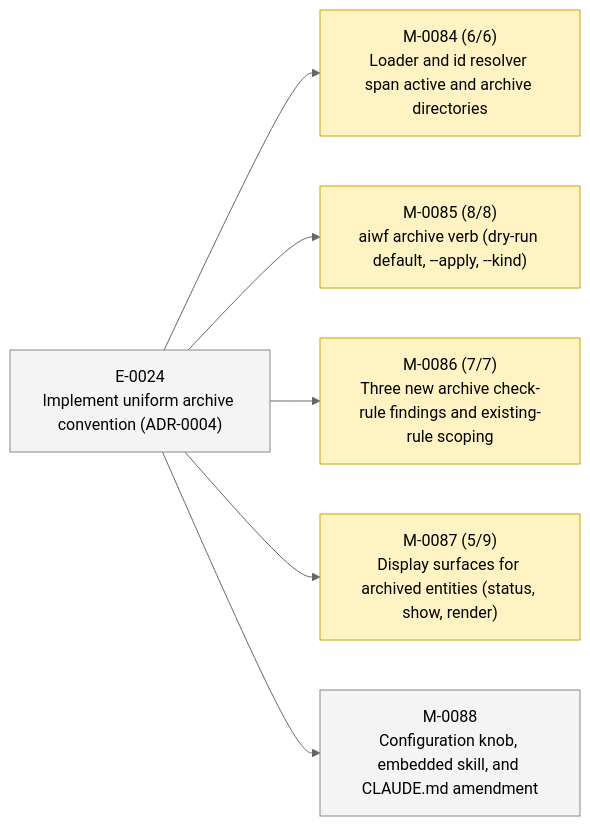
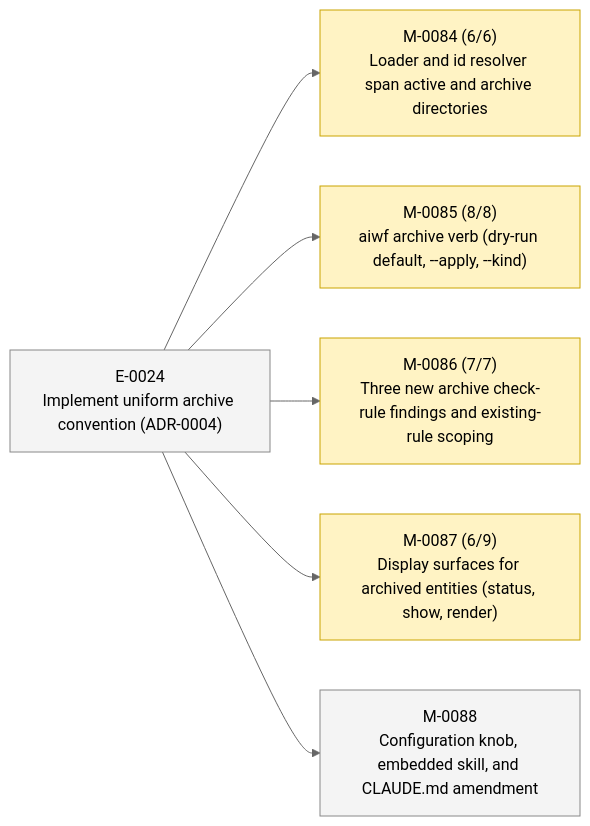
The second of 2 diagrams in STATUS.md (23min/aiwf), drawn with Mermaid (neutral theme) before and after one commit. The commit also changed other lines of this file and 1 other file, not shown here.

````diff
--- a/STATUS.md
+++ b/STATUS.md
@@ -49,20 +49,20 @@
 ```mermaid
 flowchart LR
   E_0024["E-0024<br/>Implement uniform archive convention (ADR-0004)"]:::epic_proposed
   M_0084["M-0084 (6/6)<br/>Loader and id resolver span active and archive directories"]:::ms_in_progress
   E_0024 --> M_0084
   M_0085["M-0085 (8/8)<br/>aiwf archive verb (dry-run default, --apply, --kind)"]:::ms_in_progress
   E_0024 --> M_0085
   M_0086["M-0086 (7/7)<br/>Three new archive check-rule findings and existing-rule scoping"]:::ms_in_progress
   E_0024 --> M_0086
-  M_0087["M-0087 (5/9)<br/>Display surfaces for archived entities (status, show, render)"]:::ms_in_progress
+  M_0087["M-0087 (6/9)<br/>Display surfaces for archived entities (status, show, render)"]:::ms_in_progress
   E_0024 --> M_0087
   M_0088["M-0088<br/>Configuration knob, embedded skill, and CLAUDE.md amendment"]:::ms_draft
   E_0024 --> M_0088
   classDef epic_active fill:#d6eaff,stroke:#1a73e8,color:#000
   classDef epic_proposed fill:#f4f4f4,stroke:#888,color:#000
   classDef ms_done fill:#d8f5d8,stroke:#2a8a2a,color:#000
   classDef ms_in_progress fill:#fff3c4,stroke:#caa400,color:#000
   classDef ms_draft fill:#f4f4f4,stroke:#888,color:#000
   classDef ms_cancelled fill:#fbeaea,stroke:#c33,color:#000
 ```
````
